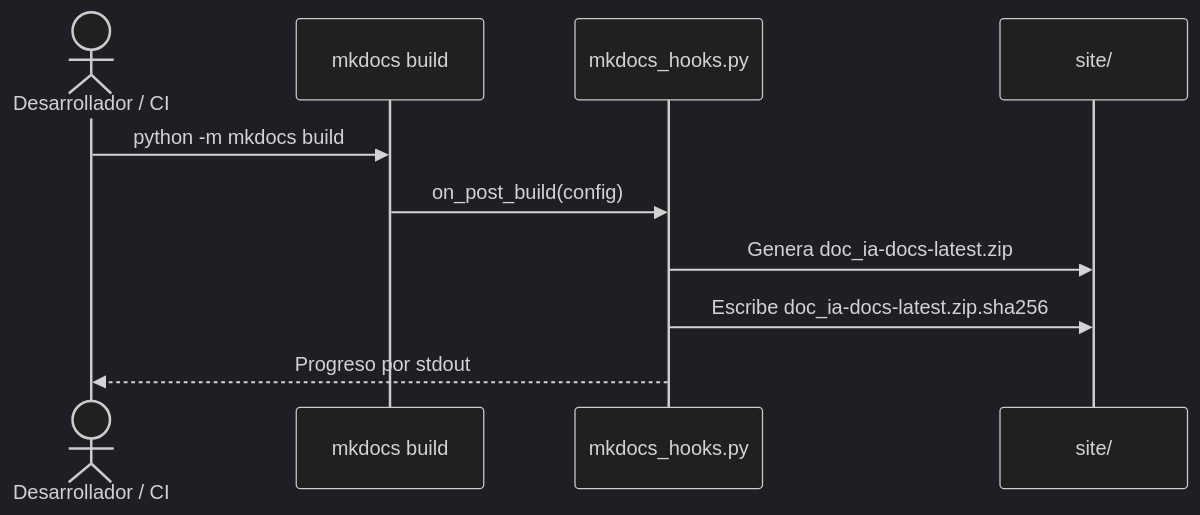
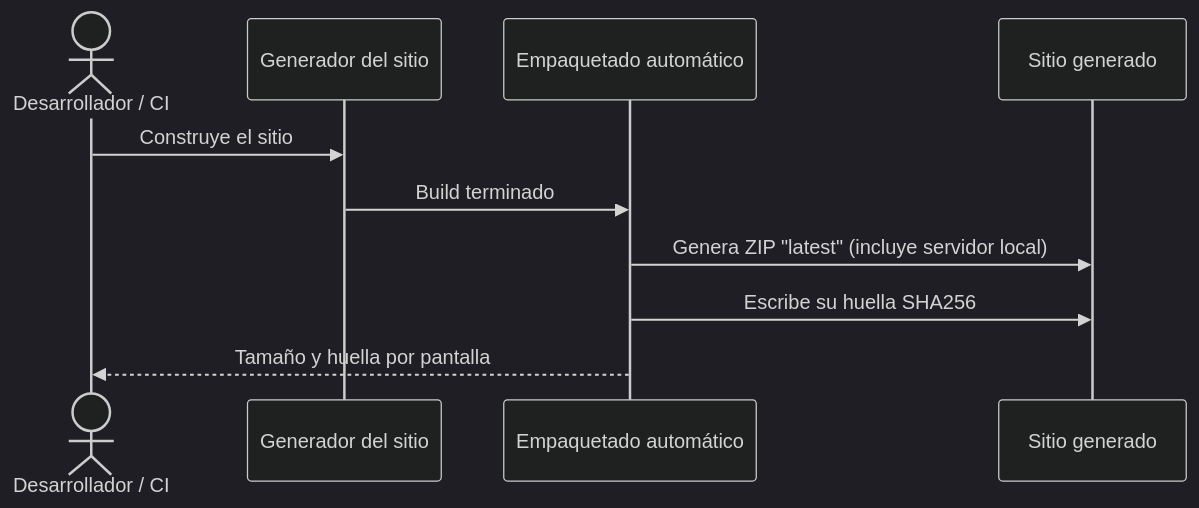
The first of 2 diagrams in docs/functional/build_docs_zip.md (fmanza/doc_ia), drawn with Mermaid (dark theme) before and after one commit. The commit also changed other lines of this file and 30 other files, not shown here.

````diff
--- a/docs/functional/build_docs_zip.md
+++ b/docs/functional/build_docs_zip.md
@@ -40,13 +39,13 @@
 ```mermaid
 sequenceDiagram
     actor Dev as Desarrollador / CI
-    participant MkDocs as mkdocs build
-    participant Hook as mkdocs_hooks.py
-    participant Site as site/
+    participant Gen as Generador del sitio
+    participant Hook as Empaquetado automático
+    participant Site as Sitio generado
 
-    Dev->>MkDocs: python -m mkdocs build
-    MkDocs->>Hook: on_post_build(config)
-    Hook->>Site: Genera doc_ia-docs-latest.zip
-    Hook->>Site: Escribe doc_ia-docs-latest.zip.sha256
-    Hook-->>Dev: Progreso por stdout
+    Dev->>Gen: Construye el sitio
+    Gen->>Hook: Build terminado
+    Hook->>Site: Genera ZIP "latest" (incluye servidor local)
+    Hook->>Site: Escribe su huella SHA256
+    Hook-->>Dev: Tamaño y huella por pantalla
 ```
````
